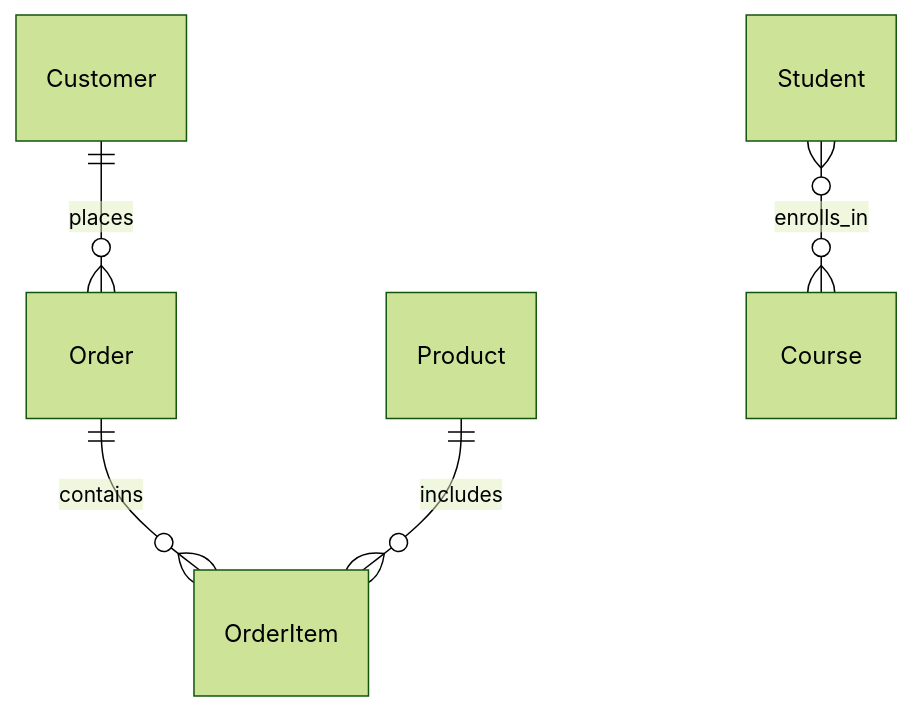
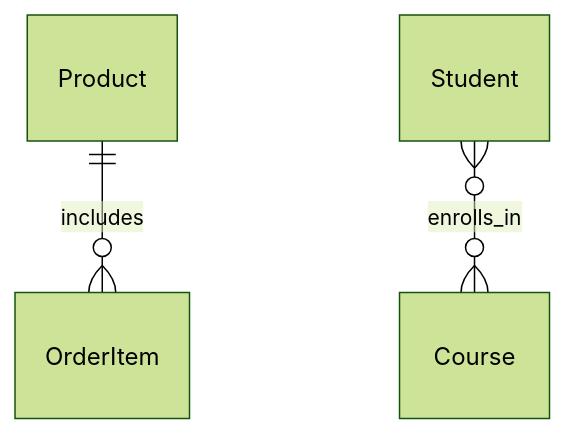
The second of 2 diagrams in docs/usage-guide.md (LuiseFreese/mermaid), drawn with Mermaid (forest theme) before and after one commit. The commit also changed other lines of this file and 1 other file, not shown here.

````diff
--- a/docs/usage-guide.md
+++ b/docs/usage-guide.md
@@ -77,7 +71,5 @@
 ```mermaid
 erDiagram
-    Customer ||--o{ Order : places
-    Order ||--o{ OrderItem : contains
     Product ||--o{ OrderItem : includes
     Student }o--o{ Course : enrolls_in
 ```
````
